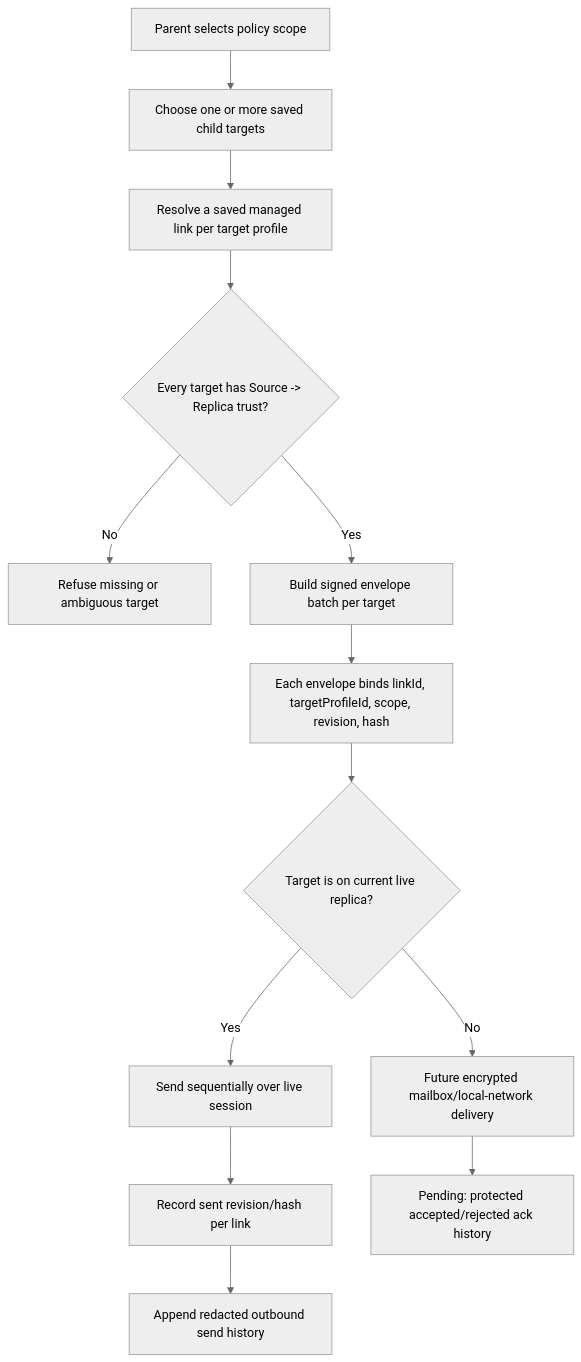
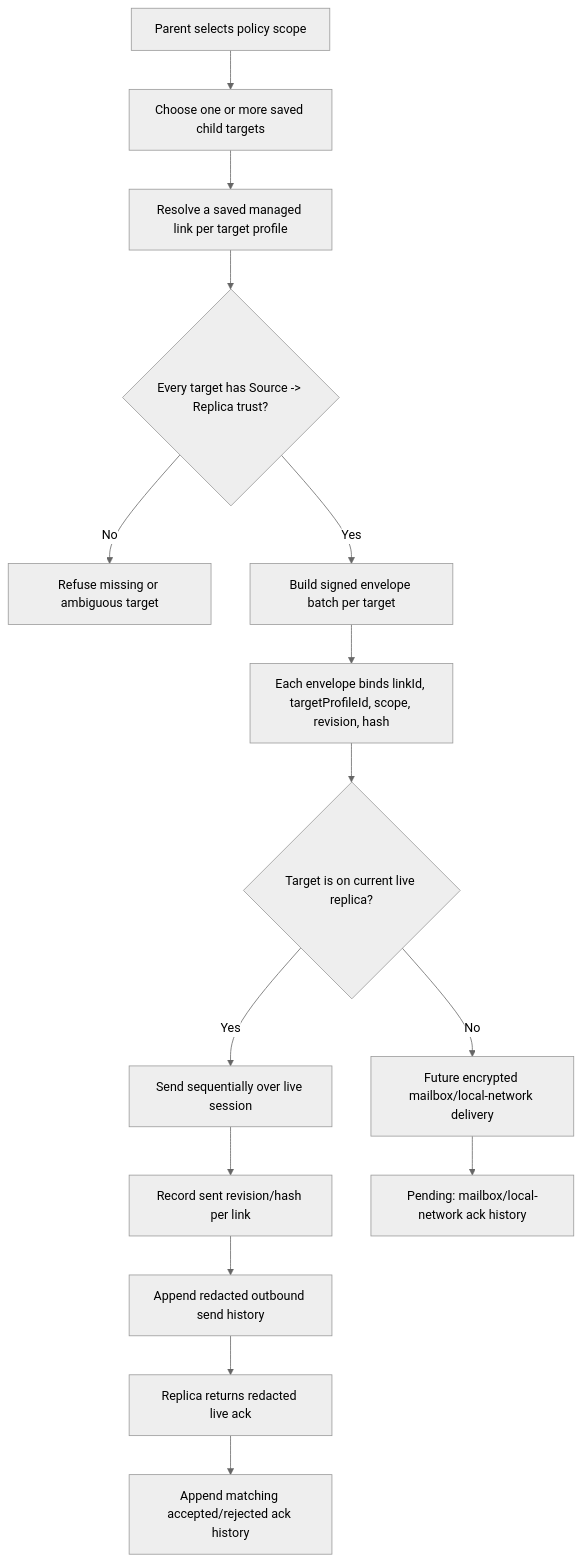
The diagram in docs/audit/FILTERTUBE_NANAH_MANAGED_MULTI_TARGET_FANOUT_BOUNDARY_2026-06-04.md (varshneydevansh/FilterTube), drawn with Mermaid (neutral theme) before and after one commit. The commit also changed other lines of this file and 58 other files, not shown here.

Commit message:
feat: record managed Nanah live ack history

````diff
--- a/docs/audit/FILTERTUBE_NANAH_MANAGED_MULTI_TARGET_FANOUT_BOUNDARY_2026-06-04.md
+++ b/docs/audit/FILTERTUBE_NANAH_MANAGED_MULTI_TARGET_FANOUT_BOUNDARY_2026-06-04.md
@@ -134,15 +136,17 @@
 ```mermaid
 flowchart TD
   A["Parent selects policy scope"] --> B["Choose one or more saved child targets"]
   B --> C["Resolve a saved managed link per target profile"]
   C --> D{"Every target has Source -> Replica trust?"}
   D -->|No| E["Refuse missing or ambiguous target"]
   D -->|Yes| F["Build signed envelope batch per target"]
   F --> G["Each envelope binds linkId, targetProfileId, scope, revision, hash"]
   G --> H{"Target is on current live replica?"}
   H -->|Yes| I["Send sequentially over live session"]
   H -->|No| J["Future encrypted mailbox/local-network delivery"]
   I --> K["Record sent revision/hash per link"]
   K --> L["Append redacted outbound send history"]
-  J --> M["Pending: protected accepted/rejected ack history"]
+  L --> M["Replica returns redacted live ack"]
+  M --> N["Append matching accepted/rejected ack history"]
+  J --> O["Pending: mailbox/local-network ack history"]
 ```
````
